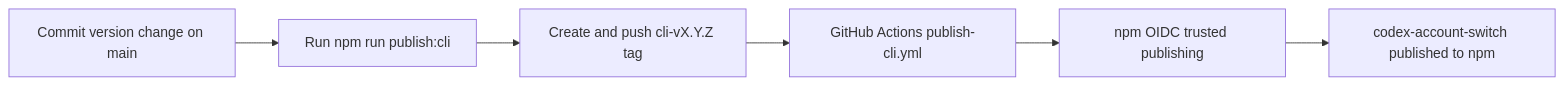
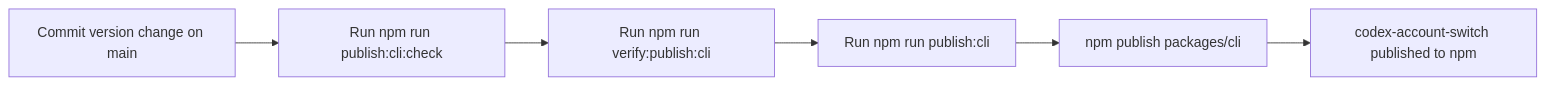
The diagram in docs/deployment.md (jqknono/codex-account-switch), drawn with Mermaid before and after one commit. The commit also changed other lines of this file and 14 other files, not shown here.

First line of the commit message:
chore(ci): replace Trusted Publisher workflow with local CLI release

````diff
--- a/docs/deployment.md
+++ b/docs/deployment.md
@@ -13,8 +13,8 @@
 ```mermaid
 flowchart LR
-  A[Commit version change on main] --> B[Run npm run publish:cli]
-  B --> C[Create and push cli-vX.Y.Z tag]
-  C --> D[GitHub Actions publish-cli.yml]
-  D --> E[npm OIDC trusted publishing]
+  A[Commit version change on main] --> B[Run npm run publish:cli:check]
+  B --> C[Run npm run verify:publish:cli]
+  C --> D[Run npm run publish:cli]
+  D --> E[npm publish packages/cli]
   E --> F[codex-account-switch published to npm]
 ```
````
